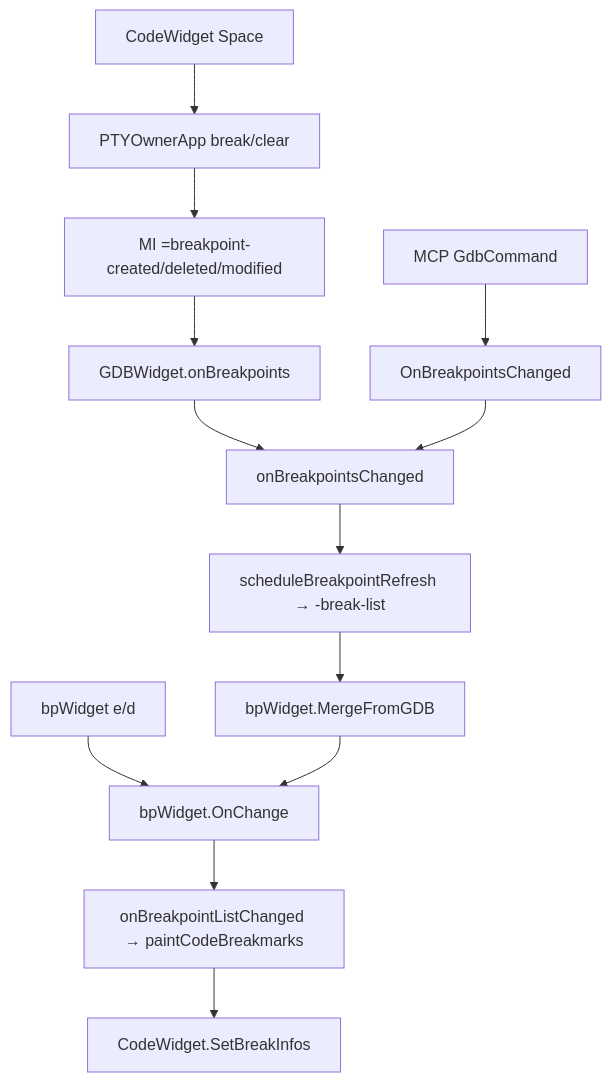
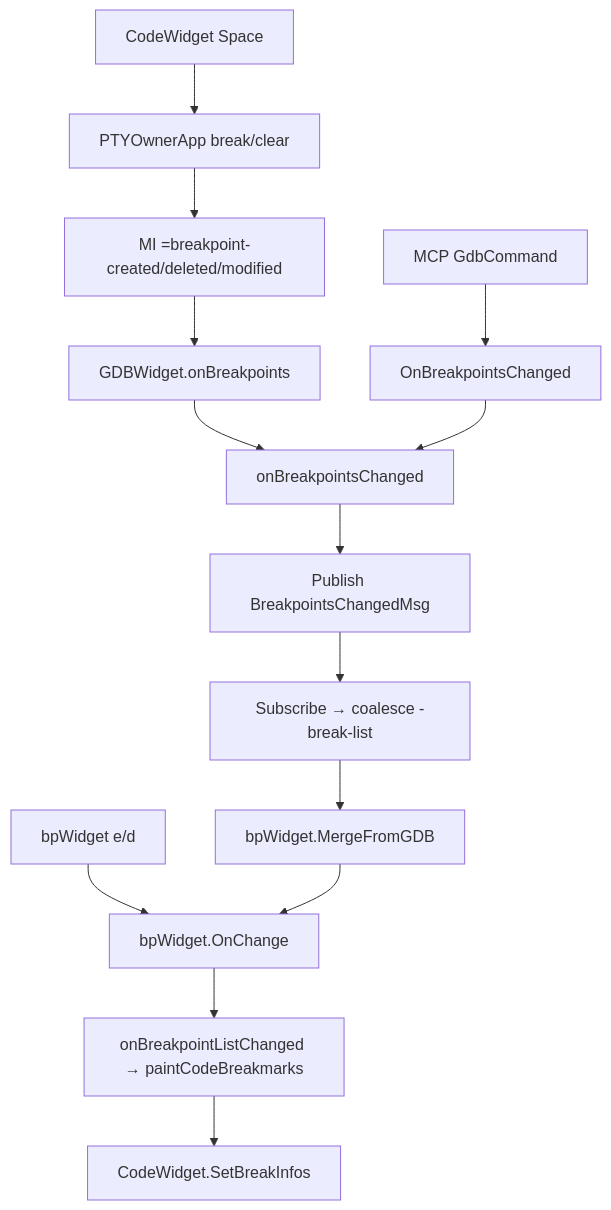
One commit to yairgd/gdbforge changed the third of 5 diagrams in docs/DEBUGGER_INTEGRATION.md. Above: the diagram before and after it, drawn with Mermaid. The commit also changed other lines of this file and 12 other files, not shown here.

First line of the commit message:
Drive breakpoint refresh from EventBus instead of a timer.

````diff
--- a/docs/DEBUGGER_INTEGRATION.md
+++ b/docs/DEBUGGER_INTEGRATION.md
@@ -198,15 +199,16 @@
 ```mermaid
 flowchart TD
   MI["MI =breakpoint-created/deleted/modified"] --> GW["GDBWidget.onBreakpoints"]
   MCP["MCP GdbCommand"] --> MCPCB["OnBreakpointsChanged"]
   GW --> OBC["onBreakpointsChanged"]
   MCPCB --> OBC
-  OBC --> REF["scheduleBreakpointRefresh → -break-list"]
-  REF --> MERGE["bpWidget.MergeFromGDB"]
+  OBC --> BUS["Publish BreakpointsChangedMsg"]
+  BUS --> SUB["Subscribe → coalesce -break-list"]
+  SUB --> MERGE["bpWidget.MergeFromGDB"]
   BP["bpWidget e/d"] --> OC["bpWidget.OnChange"]
   MERGE --> OC
   OC --> PAINT["onBreakpointListChanged → paintCodeBreakmarks"]
   PAINT --> CW["CodeWidget.SetBreakInfos"]
   CODE["CodeWidget Space"] --> PTY["PTYOwnerApp break/clear"]
   PTY --> MI
 ```
````
